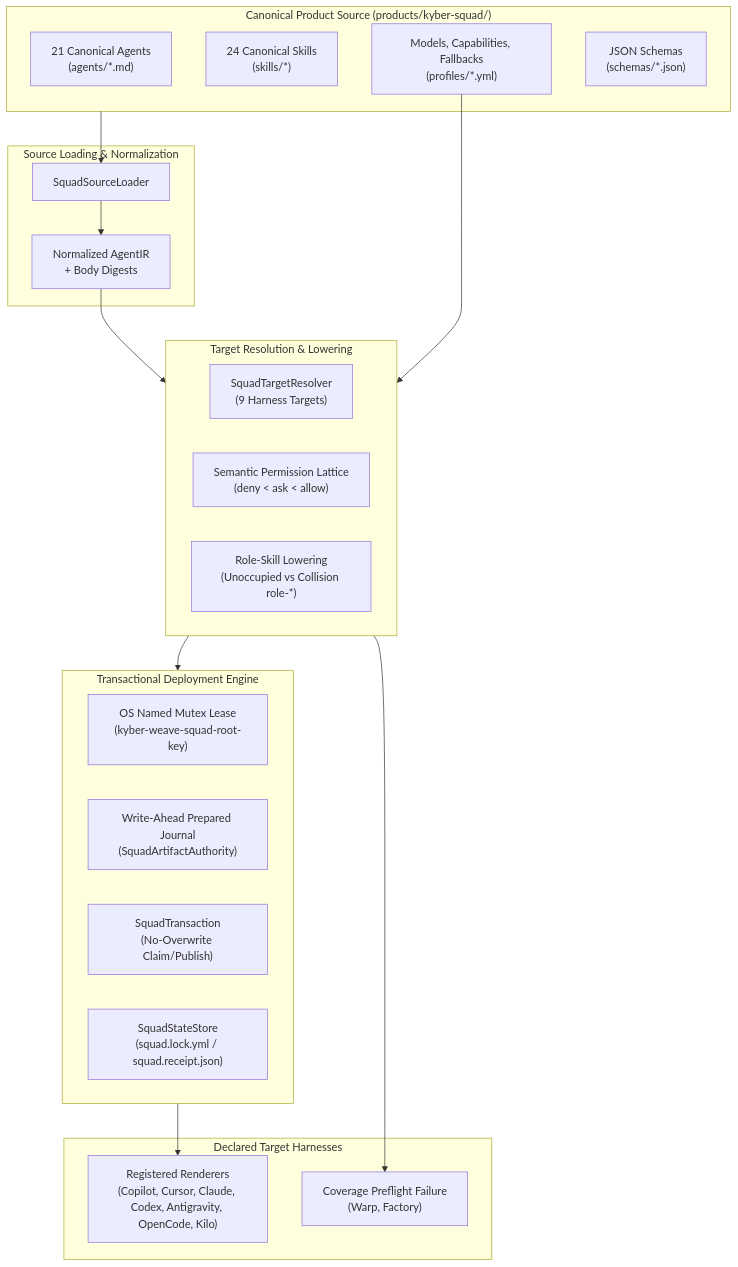
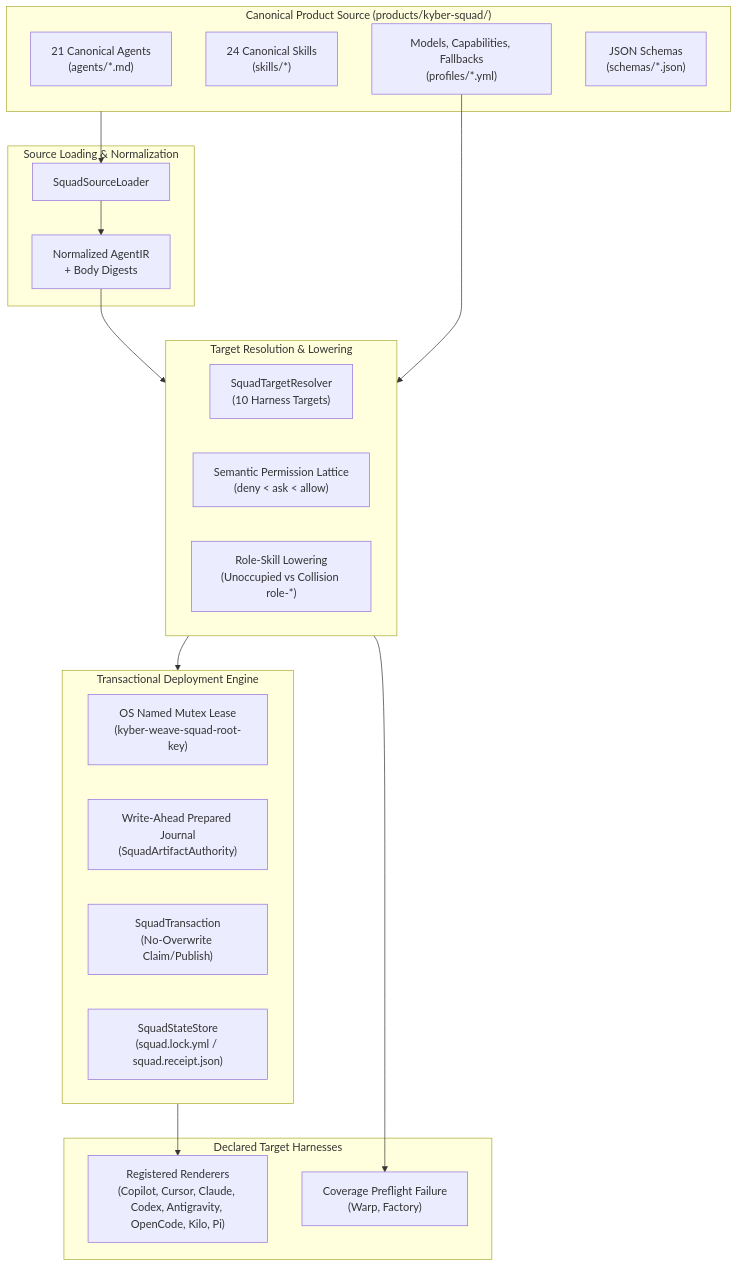
One commit to dpalfery/kyber-weave changed the first of 4 diagrams in docs/kyber-squad/architecture.md. Above: the diagram before and after it, drawn with Mermaid. The commit also changed other lines of this file and 58 other files, not shown here.

First line of the commit message:
feat(squad): add Pi as a harness target with a pi-subagents renderer (#91)

````diff
--- a/docs/kyber-squad/architecture.md
+++ b/docs/kyber-squad/architecture.md
@@ -45,40 +47,40 @@
 ```mermaid
 flowchart TD
     subgraph CanonicalSource["Canonical Product Source (products/kyber-squad/)"]
         Agents["21 Canonical Agents\n(agents/*.md)"]
         Skills["24 Canonical Skills\n(skills/*)"]
         Profiles["Models, Capabilities, Fallbacks\n(profiles/*.yml)"]
         Schemas["JSON Schemas\n(schemas/*.json)"]
     end
 
     subgraph Loader["Source Loading & Normalization"]
         SquadSourceLoader["SquadSourceLoader"]
         AgentIR["Normalized AgentIR\n+ Body Digests"]
     end
 
     subgraph Compiler["Target Resolution & Lowering"]
-        SquadTargetResolver["SquadTargetResolver\n(9 Harness Targets)"]
+        SquadTargetResolver["SquadTargetResolver\n(10 Harness Targets)"]
         Lattice["Semantic Permission Lattice\n(deny < ask < allow)"]
         Lowering["Role-Skill Lowering\n(Unoccupied vs Collision role-*)"]
     end
 
     subgraph DeploymentEngine["Transactional Deployment Engine"]
         Mutex["OS Named Mutex Lease\n(kyber-weave-squad-root-key)"]
         Journal["Write-Ahead Prepared Journal\n(SquadArtifactAuthority)"]
         Transaction["SquadTransaction\n(No-Overwrite Claim/Publish)"]
         StateStore["SquadStateStore\n(squad.lock.yml / squad.receipt.json)"]
     end
 
     subgraph TargetHarnesses["Declared Target Harnesses"]
-        RegisteredTargets["Registered Renderers\n(Copilot, Cursor, Claude, Codex, Antigravity, OpenCode, Kilo)"]
+        RegisteredTargets["Registered Renderers\n(Copilot, Cursor, Claude, Codex, Antigravity, OpenCode, Kilo, Pi)"]
         UnsupportedTargets["Coverage Preflight Failure\n(Warp, Factory)"]
     end
 
     CanonicalSource --> SquadSourceLoader
     SquadSourceLoader --> AgentIR
     AgentIR --> Compiler
     Profiles --> Compiler
     Compiler --> DeploymentEngine
     DeploymentEngine --> RegisteredTargets
     Compiler --> UnsupportedTargets
 ```
````
